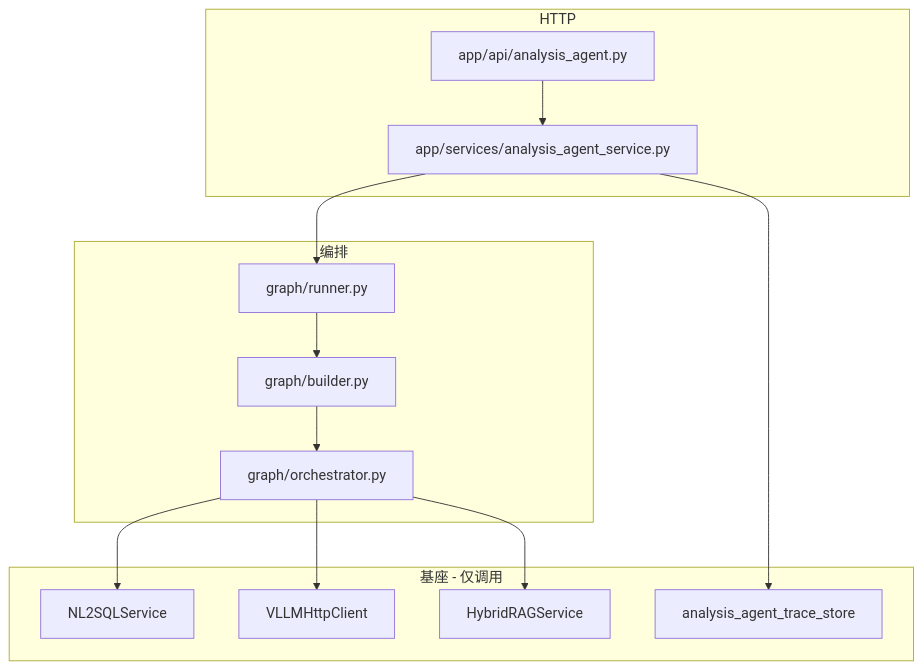
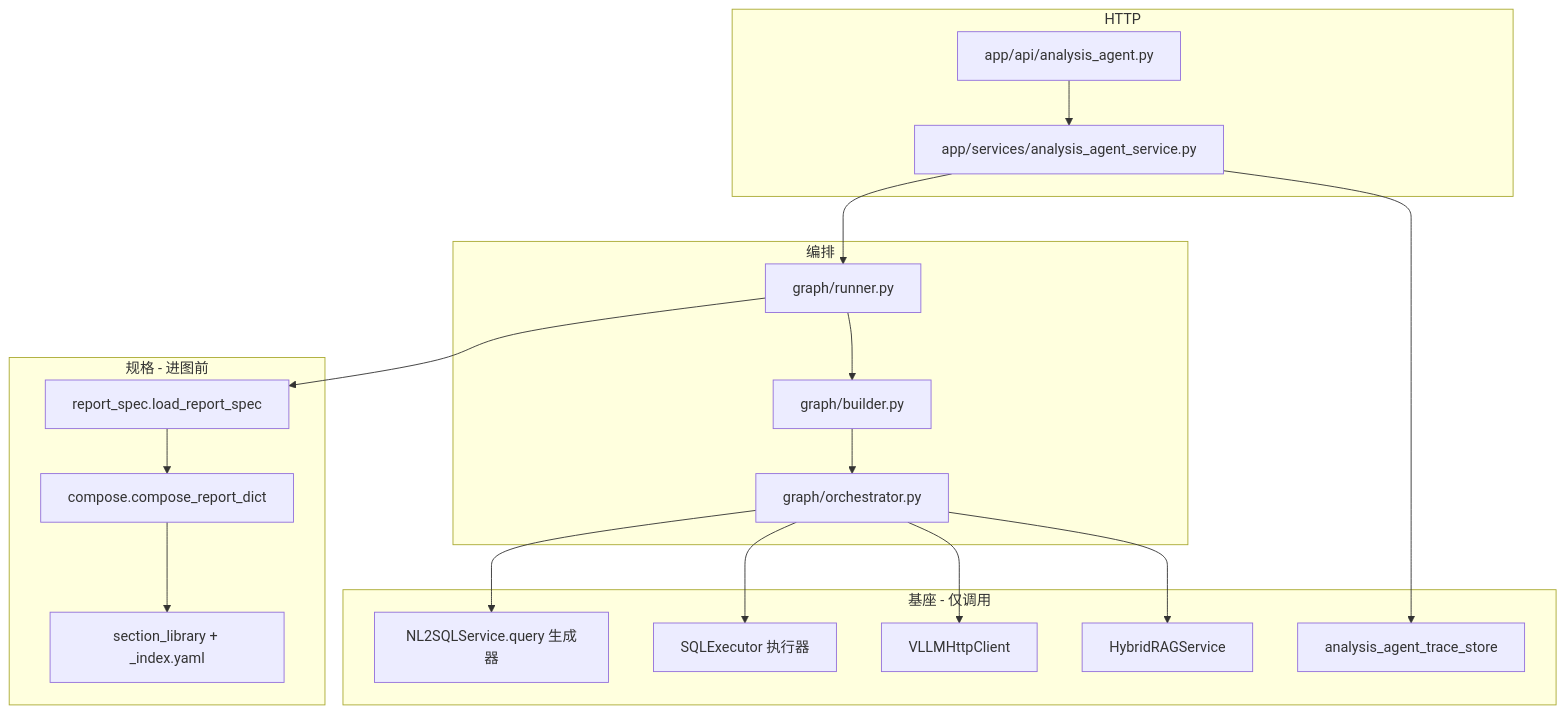
Before and after one commit to gaocf888/models_app_framework: the first of 2 diagrams in enterprise-level_transformation_docs/综合分析智能体(analysis_agent)实现逻辑说明(代码)_v2.md, drawn with Mermaid. The commit also changed other lines of this file and 71 other files, not shown here.

````diff
--- a/enterprise-level_transformation_docs/综合分析智能体(analysis_agent)实现逻辑说明(代码)_v2.md
+++ b/enterprise-level_transformation_docs/综合分析智能体(analysis_agent)实现逻辑说明(代码)_v2.md
@@ -45,23 +47,32 @@
 ```mermaid
 flowchart TB
   subgraph http [HTTP]
     API["app/api/analysis_agent.py"]
     SVC["app/services/analysis_agent_service.py"]
   end
   subgraph graph [编排]
     RUN["graph/runner.py"]
     BUILD["graph/builder.py"]
     ORCH["graph/orchestrator.py"]
   end
+  subgraph spec [规格 - 进图前]
+    RS["report_spec.load_report_spec"]
+    CMP["compose.compose_report_dict"]
+    LIB["section_library + _index.yaml"]
+  end
   subgraph base [基座 - 仅调用]
-    NL2SQL["NL2SQLService"]
+    NL2SQL["NL2SQLService.query 生成器"]
+    SQLEX["SQLExecutor 执行器"]
     LLM["VLLMHttpClient"]
     BRAG["HybridRAGService"]
     TRACE["analysis_agent_trace_store"]
   end
   API --> SVC --> RUN --> BUILD --> ORCH
+  RUN --> RS
+  RS --> CMP --> LIB
   ORCH --> NL2SQL
+  ORCH --> SQLEX
   ORCH --> LLM
   ORCH --> BRAG
   SVC --> TRACE
 ```
````
